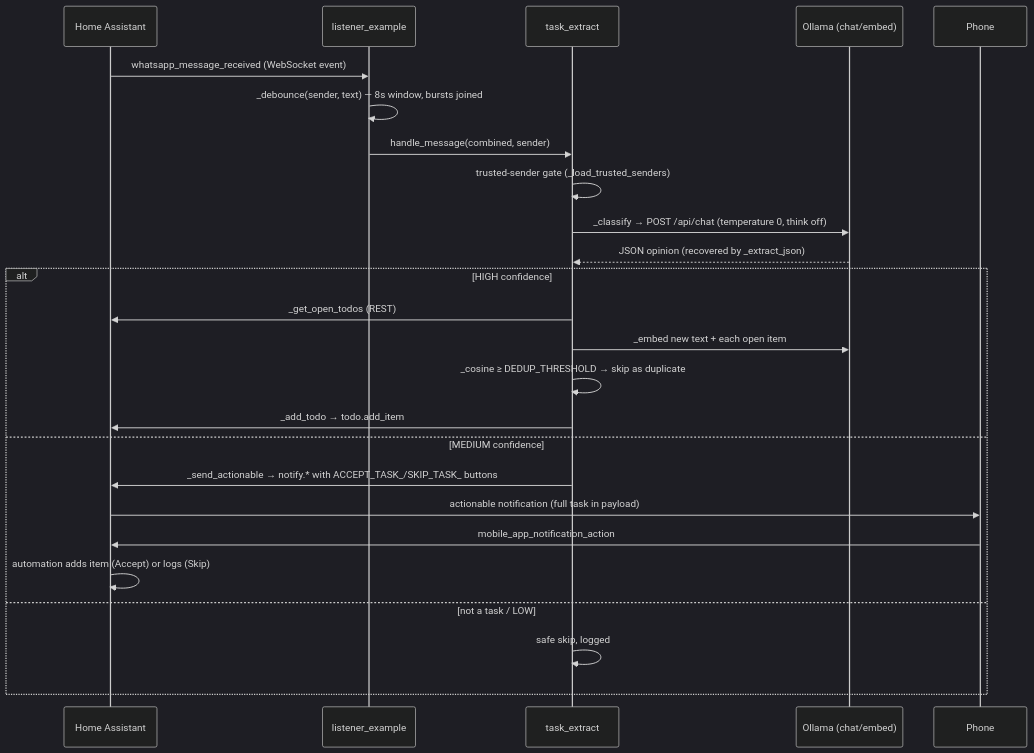
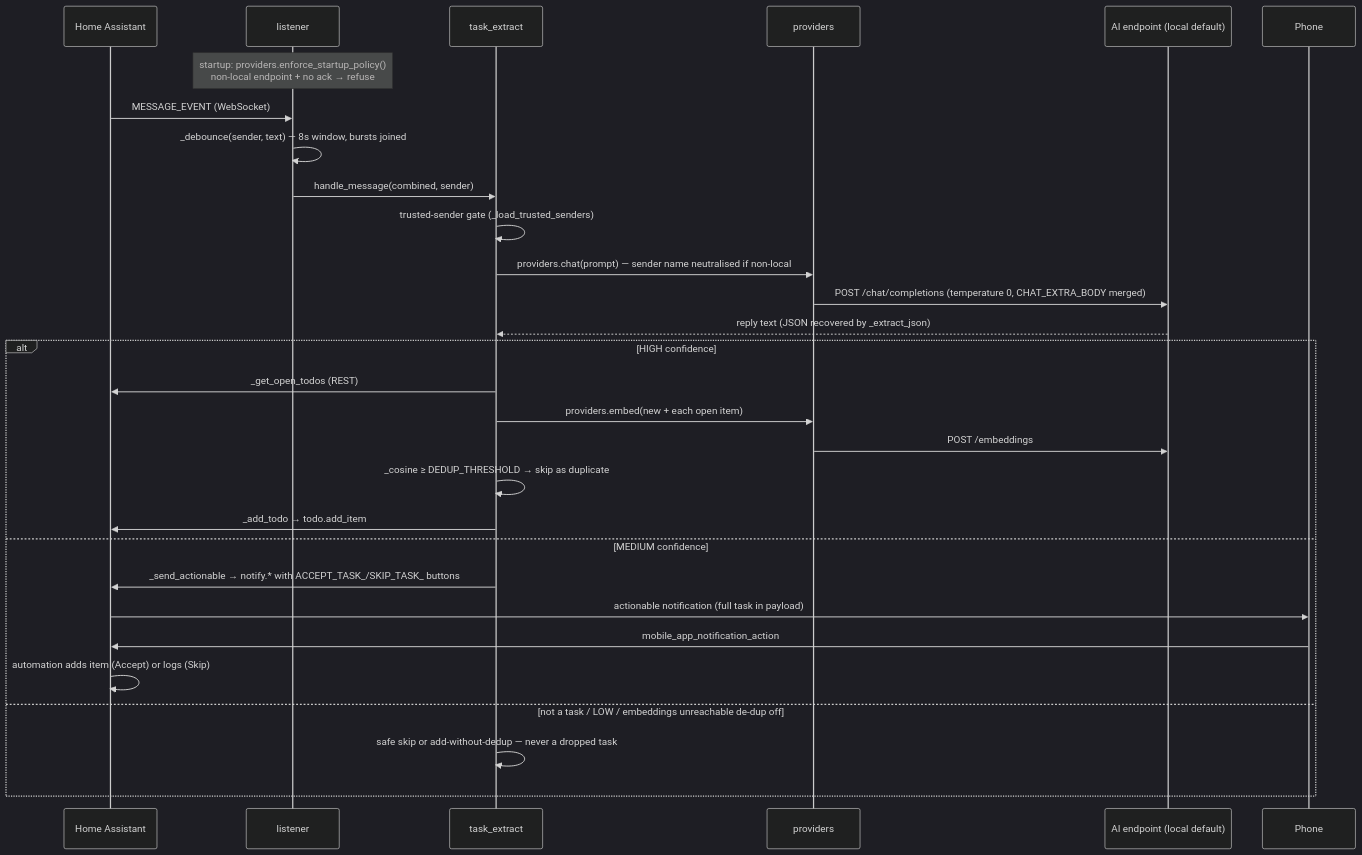
One commit to danaghili/whatsapp-task-pipeline changed the first of 2 diagrams in docs/architecture/06-runtime.md. Above: the diagram before and after it, drawn with Mermaid (dark theme). The commit also changed other lines of this file and 36 other files, not shown here.

````diff
--- a/docs/architecture/06-runtime.md
+++ b/docs/architecture/06-runtime.md
@@ -8,28 +8,32 @@
 ```mermaid
 sequenceDiagram
     participant HA as Home Assistant
-    participant L as listener_example
+    participant L as listener
     participant TE as task_extract
-    participant O as Ollama (chat/embed)
-    participant P as Phone
+    participant P as providers
+    participant AI as AI endpoint (local default)
+    participant Ph as Phone
 
-    HA->>L: whatsapp_message_received (WebSocket event)
+    Note over L: startup: providers.enforce_startup_policy()<br/>non-local endpoint + no ack → refuse
+    HA->>L: MESSAGE_EVENT (WebSocket)
     L->>L: _debounce(sender, text) — 8s window, bursts joined
     L->>TE: handle_message(combined, sender)
     TE->>TE: trusted-sender gate (_load_trusted_senders)
-    TE->>O: _classify → POST /api/chat (temperature 0, think off)
-    O-->>TE: JSON opinion (recovered by _extract_json)
+    TE->>P: providers.chat(prompt) — sender name neutralised if non-local
+    P->>AI: POST /chat/completions (temperature 0, CHAT_EXTRA_BODY merged)
+    AI-->>TE: reply text (JSON recovered by _extract_json)
     alt HIGH confidence
         TE->>HA: _get_open_todos (REST)
-        TE->>O: _embed new text + each open item
+        TE->>P: providers.embed(new + each open item)
+        P->>AI: POST /embeddings
         TE->>TE: _cosine ≥ DEDUP_THRESHOLD → skip as duplicate
         TE->>HA: _add_todo → todo.add_item
     else MEDIUM confidence
         TE->>HA: _send_actionable → notify.* with ACCEPT_TASK_/SKIP_TASK_ buttons
-        HA->>P: actionable notification (full task in payload)
-        P->>HA: mobile_app_notification_action
+        HA->>Ph: actionable notification (full task in payload)
+        Ph->>HA: mobile_app_notification_action
         HA->>HA: automation adds item (Accept) or logs (Skip)
-    else not a task / LOW
-        TE->>TE: safe skip, logged
+    else not a task / LOW / embeddings unreachable de-dup off
+        TE->>TE: safe skip or add-without-dedup — never a dropped task
     end
 ```
````
